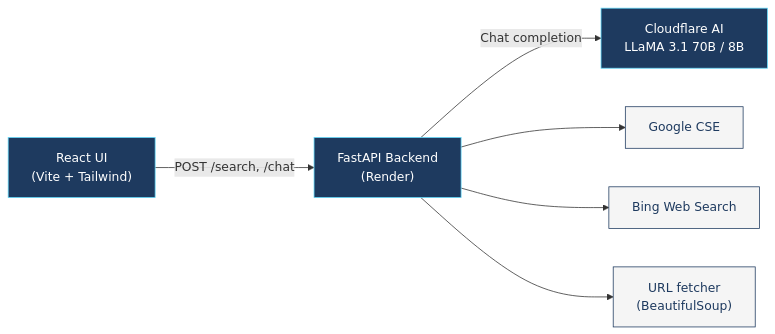
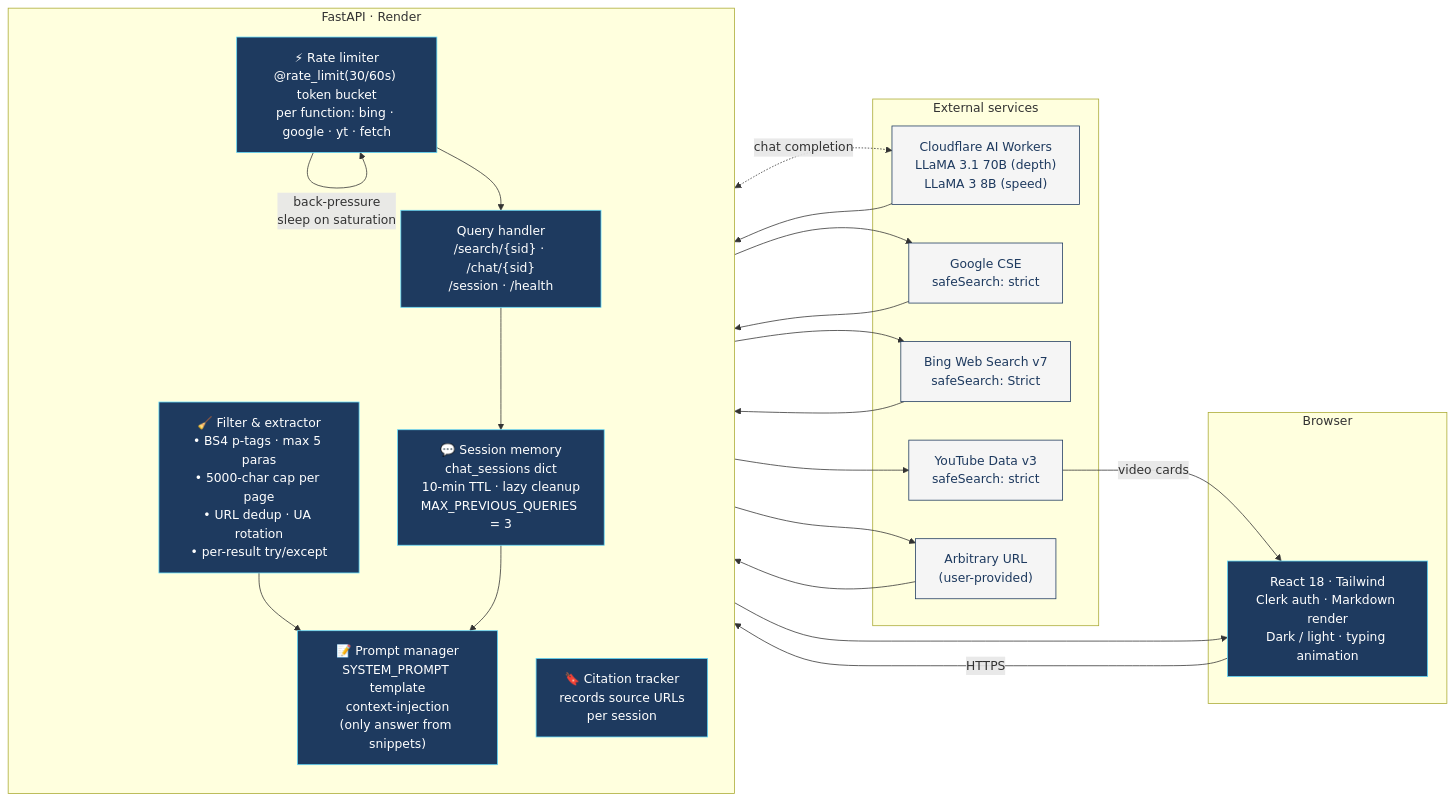
The first of 2 diagrams in readme.md (paritoshtripathi935/MiniPerplexity), drawn with Mermaid before and after one commit. The commit also changed other lines of this file, not shown here.

Commit message:
docs(readme): expand mermaid diagrams with rate limiter, prompts, filters, YouTube
System architecture now shows the real internal backend components:
- Per-function token-bucket rate limiter (@rate_limit 30/60s) applied
  to bing/google/yt/fetch, with back-pressure sleep on saturation
- Session memory: chat_sessions dict, 10-min TTL, lazy GC,
  MAX_PREVIOUS_QUERIES = 3
- Prompt manager (SYSTEM_PROMPT template, context-injection,
  answer-only-from-snippets rule)
- Filter & extractor (BS4 p-tags, 5-para / 5000-char cap, URL dedup,
  UA rotation, per-result try/except skip)
- Citation tracker recording source URLs per session

Request pipeline now includes:
- YouTube (first-class provider, 2 videos, safeSearch: strict)
- Custom URL branch with fetcher
- Rate-limit back-pressure loop explicitly rendered
- Safe-search strictness labelled on every external provider
- Distinction between result-with-content-fetch (Google/Bing) and
  result-without-fetch (YouTube video cards)

````diff
--- a/readme.md
+++ b/readme.md
@@ -36,18 +36,47 @@
 ```mermaid
 flowchart LR
-    UI["React UI<br/>(Vite + Tailwind)"]
-    API["FastAPI Backend<br/>(Render)"]
-    LLM["Cloudflare AI<br/>LLaMA 3.1 70B / 8B"]
+    subgraph Client["Browser"]
+        UI["React 18 · Tailwind<br/>Clerk auth · Markdown render<br/>Dark / light · typing animation"]
+    end
 
-    UI -- "POST /search, /chat" --> API
-    API -- "Chat completion" --> LLM
+    subgraph Backend["FastAPI · Render"]
+        direction TB
+        RL["⚡ Rate limiter<br/>@rate_limit(30/60s) token bucket<br/>per function: bing · google · yt · fetch"]
+        H["Query handler<br/>/search/{sid} · /chat/{sid}<br/>/session · /health"]
+        SM["💬 Session memory<br/>chat_sessions dict<br/>10-min TTL · lazy cleanup<br/>MAX_PREVIOUS_QUERIES = 3"]
+        PM["📝 Prompt manager<br/>SYSTEM_PROMPT template<br/>context-injection<br/>(only answer from snippets)"]
+        FS["🧹 Filter & extractor<br/>• BS4 p-tags · max 5 paras<br/>• 5000-char cap per page<br/>• URL dedup · UA rotation<br/>• per-result try/except"]
+        CT["🔖 Citation tracker<br/>records source URLs<br/>per session"]
+    end
 
-    API --> G["Google CSE"]
-    API --> B["Bing Web Search"]
-    API --> F["URL fetcher<br/>(BeautifulSoup)"]
+    subgraph External["External services"]
+        LLM["Cloudflare AI Workers<br/>LLaMA 3.1 70B (depth)<br/>LLaMA 3 8B (speed)"]
+        G["Google CSE<br/>safeSearch: strict"]
+        B["Bing Web Search v7<br/>safeSearch: Strict"]
+        YT["YouTube Data v3<br/>safeSearch: strict"]
+        URL["Arbitrary URL<br/>(user-provided)"]
+    end
 
-    classDef svc fill:#1e3a5f,stroke:#61dafb,color:#fff
+    UI -- "HTTPS" --> RL
+    RL -- "back-pressure<br/>sleep on saturation" --> RL
+    RL --> H
+    H --> SM
+    H --> G
+    H --> B
+    H --> YT
+    H --> URL
+    G --> FS
+    B --> FS
+    URL --> FS
+    YT -- "video cards" --> UI
+    FS --> PM
+    SM --> PM
+    PM <-. "chat completion" .-> LLM
+    LLM --> CT
+    CT --> UI
+
+    classDef ours fill:#1e3a5f,stroke:#61dafb,color:#fff
     classDef ext fill:#f5f5f5,stroke:#1e3a5f,color:#1e3a5f
-    class UI,API,LLM svc
-    class G,B,F ext
+    class UI,RL,H,SM,PM,FS,CT ours
+    class LLM,G,B,YT,URL ext
 ```
````
